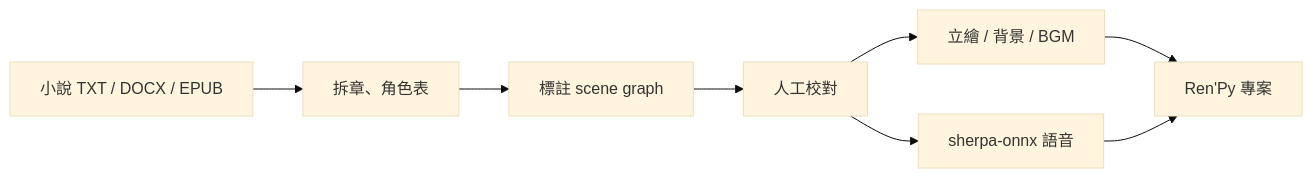
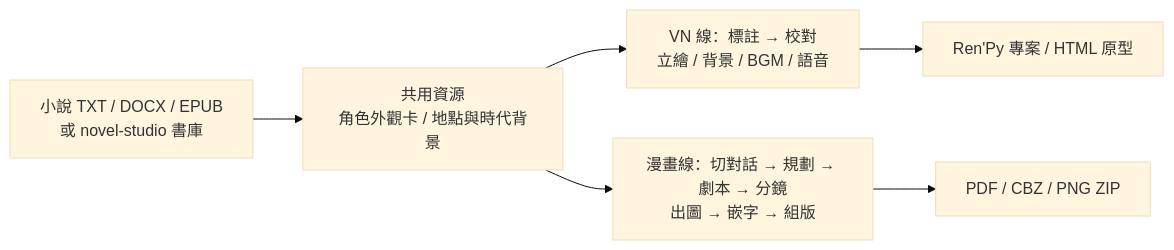
One commit to yamasoo/text_2_visual_novel changed the diagram in README.md. Above: the diagram before and after it, drawn with Mermaid (base theme). The commit also changed other lines of this file, not shown here.

````diff
--- a/README.md
+++ b/README.md
@@ -21,10 +18,8 @@
 ```mermaid
 flowchart LR
-  A[小說 TXT / DOCX / EPUB] --> B[拆章、角色表]
-  B --> C[標註 scene graph]
-  C --> D[人工校對]
-  D --> E[立繪 / 背景 / BGM]
-  D --> F[sherpa-onnx 語音]
-  E --> G[Ren'Py 專案]
-  F --> G
+  A[小說 TXT / DOCX / EPUB<br/>或 novel-studio 書庫] --> B[共用資源<br/>角色外觀卡 / 地點與時代背景]
+  B --> C[VN 線：標註 → 校對<br/>立繪 / 背景 / BGM / 語音]
+  C --> D[Ren'Py 專案 / HTML 原型]
+  B --> E[漫畫線：切對話 → 規劃 → 劇本 → 分鏡<br/>出圖 → 嵌字 → 組版]
+  E --> F[PDF / CBZ / PNG ZIP]
 ```
````
